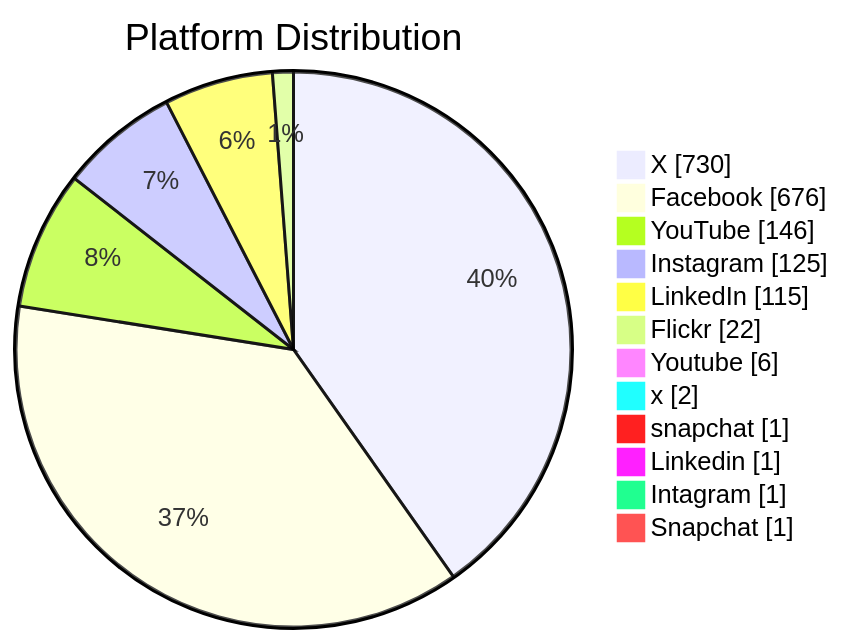
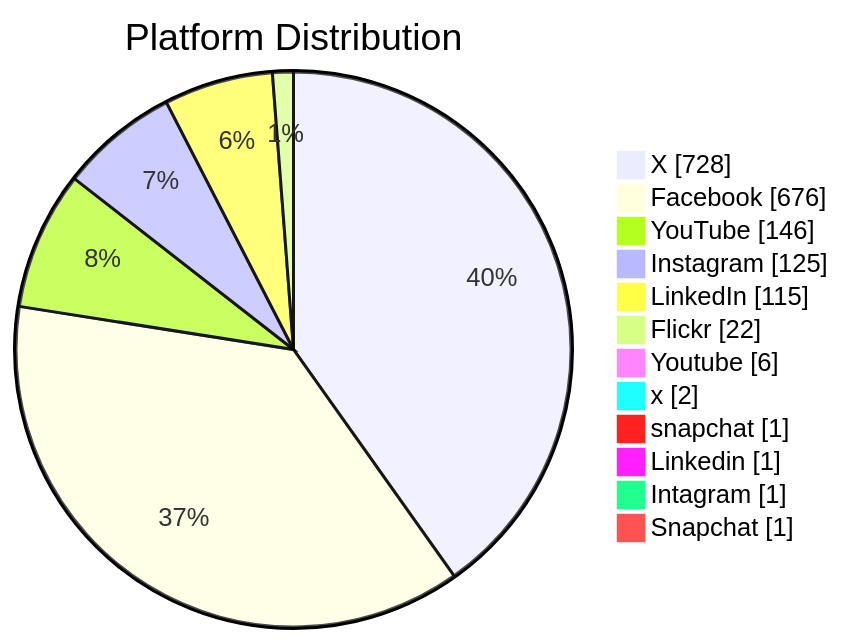
The second of 6 diagrams in README.md (PatLittle/GC-Socials), drawn with Mermaid before and after one commit. The commit also changed other lines of this file, not shown here.

Commit message:
Update README with Platform Distribution pie chart

````diff
--- a/README.md
+++ b/README.md
@@ -45,15 +45,15 @@
 ```mermaid
 pie showData title Platform Distribution
-    "X": 730
+    "X": 728
     "Facebook": 676
     "YouTube": 146
     "Instagram": 125
     "LinkedIn": 115
     "Flickr": 22
     "Youtube": 6
     "x": 2
     "snapchat": 1
     "Linkedin": 1
     "Intagram": 1
     "Snapchat": 1
 ```
````
